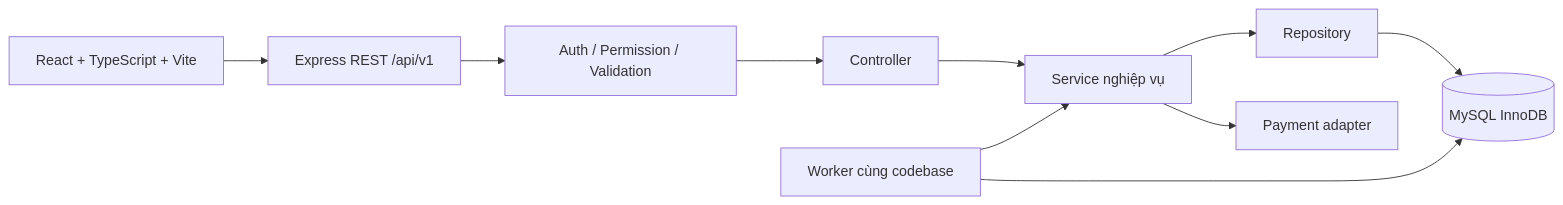
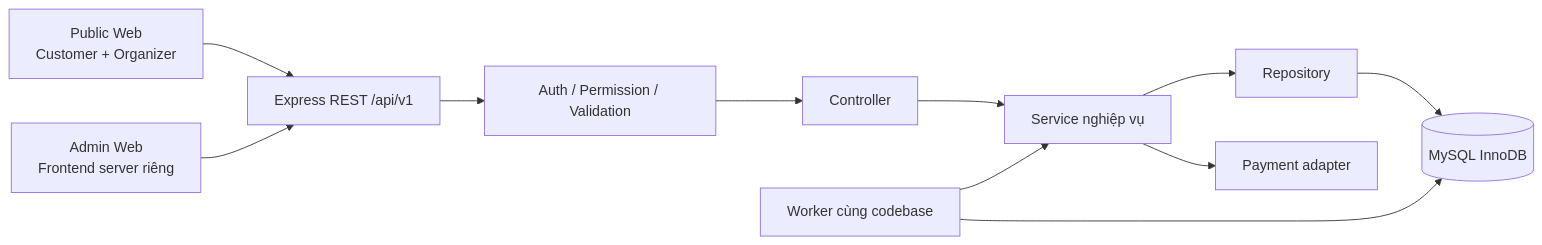
The diagram in Docs/10-backend-architecture.md (TienTrn05/Event_booking_ticket), drawn with Mermaid before and after one commit. The commit also changed other lines of this file and 18 other files, not shown here.

````diff
--- a/Docs/10-backend-architecture.md
+++ b/Docs/10-backend-architecture.md
@@ -7,12 +7,13 @@
 ```mermaid
 flowchart LR
-    UI[React + TypeScript + Vite] --> API[Express REST /api/v1]
+    PUBLIC[Public Web<br/>Customer + Organizer] --> API[Express REST /api/v1]
+    ADMIN[Admin Web<br/>Frontend server riêng] --> API
     API --> MW[Auth / Permission / Validation]
     MW --> C[Controller]
     C --> S[Service nghiệp vụ]
     S --> R[Repository]
     R --> DB[(MySQL InnoDB)]
     S --> PA[Payment adapter]
     W[Worker cùng codebase] --> S
     W --> DB
 ```
````
